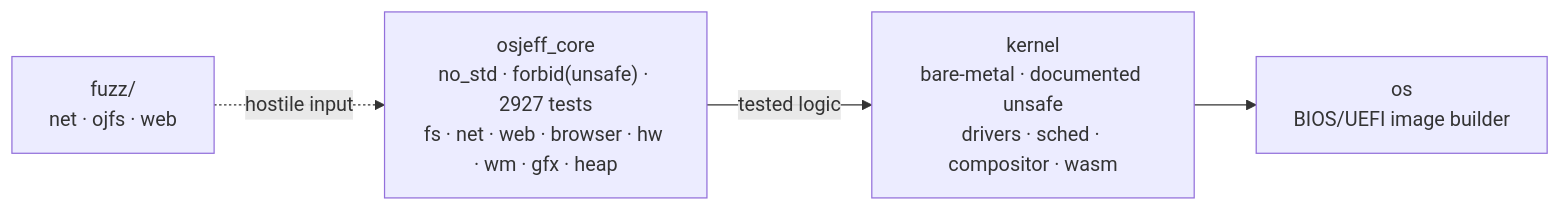
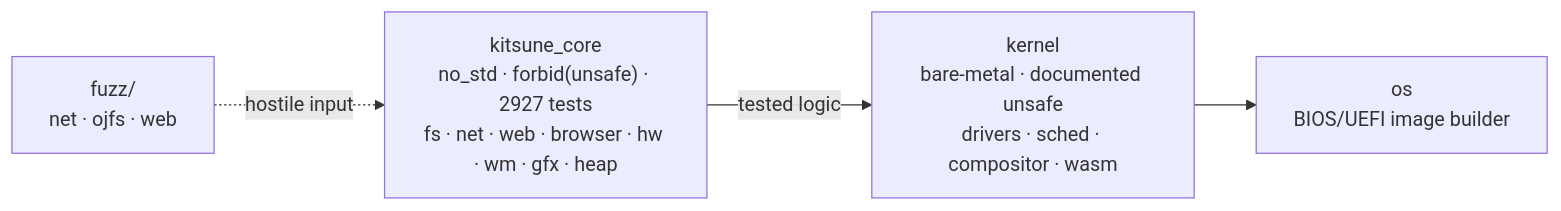
The diagram in README.en.md (Jeffinp/OSjeff), drawn with Mermaid before and after one commit. The commit also changed other lines of this file and 385 other files, not shown here.

First line of the commit message:
refactor: rename osjeff_core to kitsune_core and image names to kitsune-*

````diff
--- a/README.en.md
+++ b/README.en.md
@@ -101,9 +101,9 @@
 ```mermaid
 flowchart LR
-    CORE["osjeff_core<br/>no_std · forbid(unsafe) · 2927 tests<br/>fs · net · web · browser · hw · wm · gfx · heap"]
+    CORE["kitsune_core<br/>no_std · forbid(unsafe) · 2927 tests<br/>fs · net · web · browser · hw · wm · gfx · heap"]
     KERNEL["kernel<br/>bare-metal · documented unsafe<br/>drivers · sched · compositor · wasm"]
     OS["os<br/>BIOS/UEFI image builder"]
     FUZZ["fuzz/<br/>net · ojfs · web"]
     CORE -->|tested logic| KERNEL --> OS
     FUZZ -.->|hostile input| CORE
 ```
````
